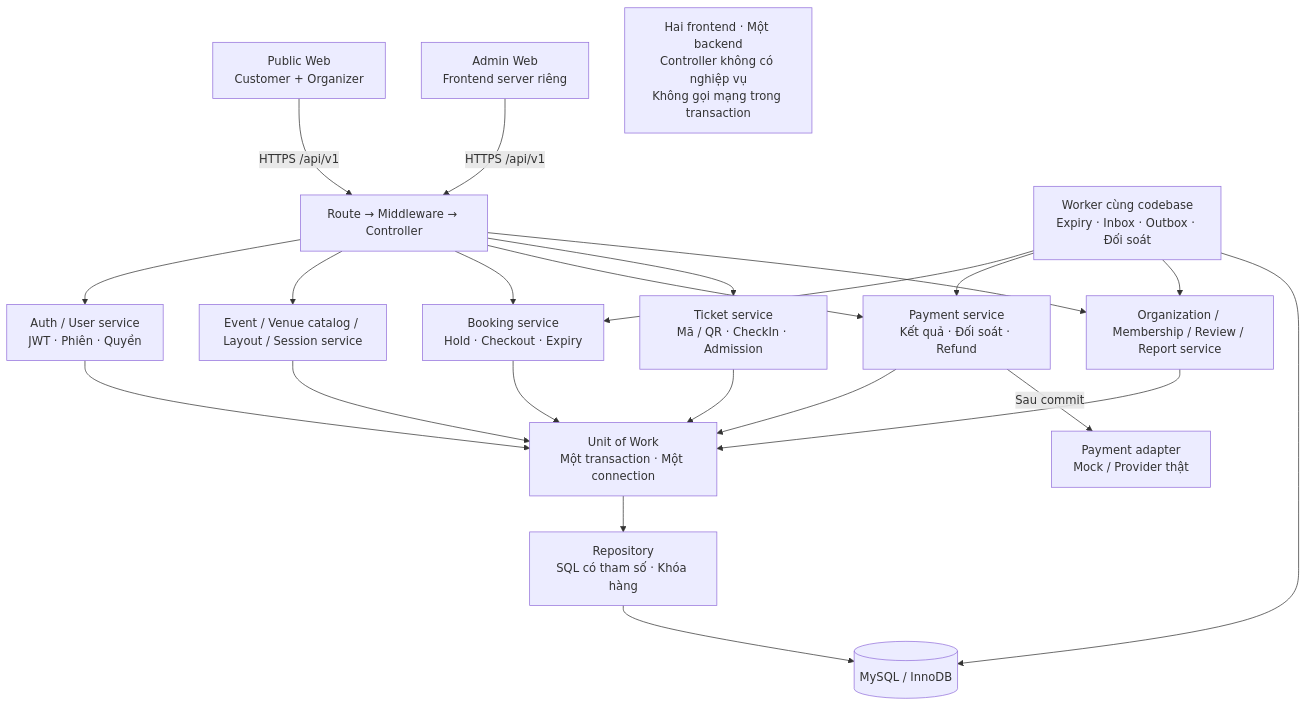
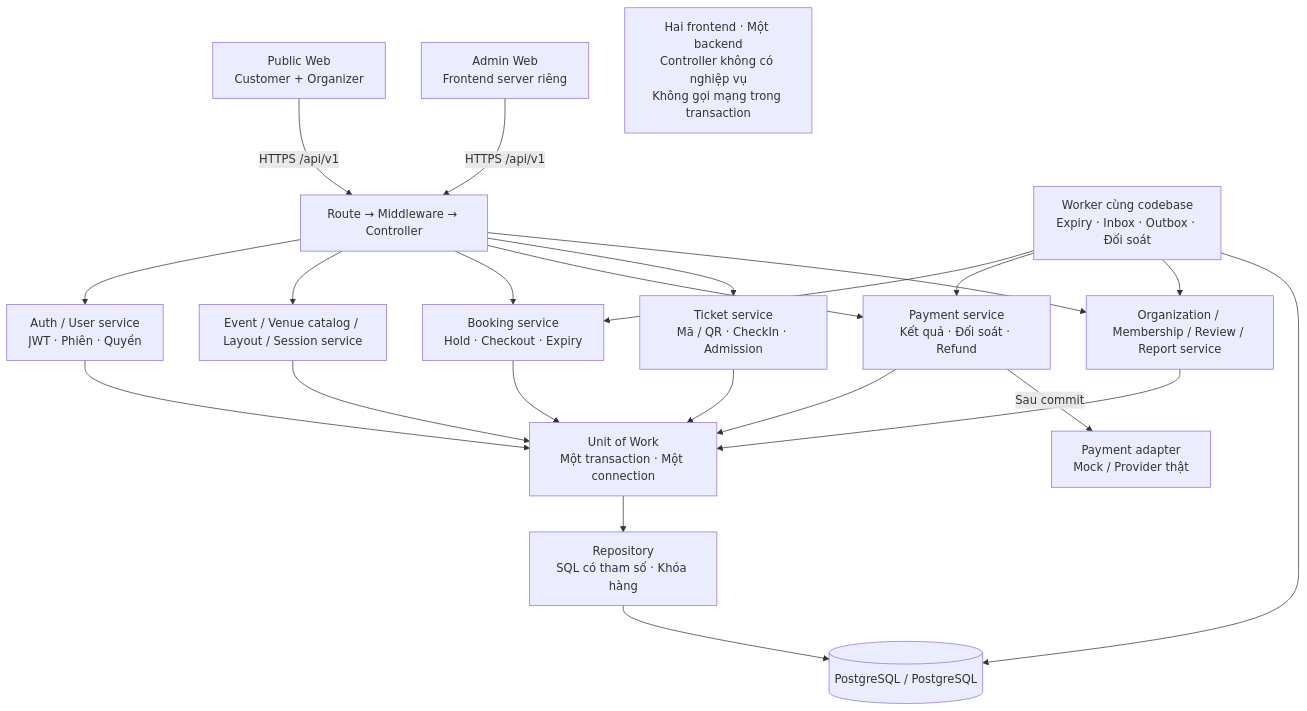
One commit to TienTrn05/Event_booking_ticket changed the diagram in Docs/diagrams/02-backend-components.mmd. Above: the diagram before and after it, drawn with Mermaid. The commit also changed 180 other files, not shown here.

```diff
--- a/Docs/diagrams/02-backend-components.mmd
+++ b/Docs/diagrams/02-backend-components.mmd
@@ -1,23 +1,23 @@
 flowchart TB
     PUBLIC["Public Web<br/>Customer + Organizer"] -->|"HTTPS /api/v1"| ROUTE["Route → Middleware → Controller"]
     ADMIN["Admin Web<br/>Frontend server riêng"] -->|"HTTPS /api/v1"| ROUTE
     ROUTE --> AUTH["Auth / User service<br/>JWT · Phiên · Quyền"]
     ROUTE --> EVENT["Event / Venue catalog / Layout / Session service"]
     ROUTE --> BOOK["Booking service<br/>Hold · Checkout · Expiry"]
     ROUTE --> PAY["Payment service<br/>Kết quả · Đối soát · Refund"]
     ROUTE --> TICKET["Ticket service<br/>Mã / QR · CheckIn · Admission"]
     BOOK --> UOW["Unit of Work<br/>Một transaction · Một connection"]
     PAY --> UOW
     TICKET --> UOW
     EVENT --> UOW
     AUTH --> UOW
     ROUTE --> ORG["Organization / Membership / Review / Report service"]
     ORG --> UOW
     UOW --> REPO["Repository<br/>SQL có tham số · Khóa hàng"]
-    REPO --> DB[("MySQL / InnoDB")]
+    REPO --> DB[("PostgreSQL / PostgreSQL")]
     PAY -->|"Sau commit"| ADAPTER["Payment adapter<br/>Mock / Provider thật"]
     WORKER["Worker cùng codebase<br/>Expiry · Inbox · Outbox · Đối soát"] --> BOOK
     WORKER --> PAY
     WORKER --> ORG
     WORKER --> DB
     NOTE["Hai frontend · Một backend<br/>Controller không có nghiệp vụ<br/>Không gọi mạng trong transaction"]
```
